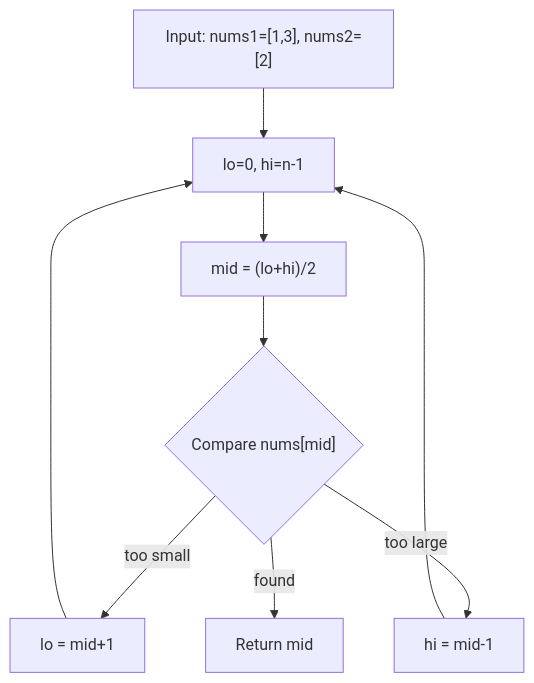
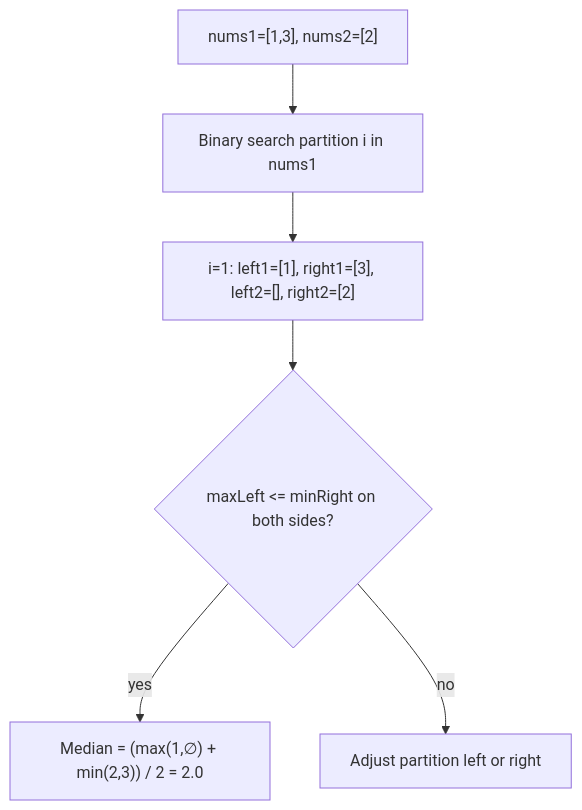
One commit to Strangedip/PREP changed the first of 2 diagrams in 02_DSA/03_Sorting_Searching/MedianOfTwoSortedArrays/MedianOfTwoSortedArrays.md. Above: the diagram before and after it, drawn with Mermaid. The commit also changed 55 other files, not shown here.

````diff
--- a/02_DSA/03_Sorting_Searching/MedianOfTwoSortedArrays/MedianOfTwoSortedArrays.md
+++ b/02_DSA/03_Sorting_Searching/MedianOfTwoSortedArrays/MedianOfTwoSortedArrays.md
@@ -56,12 +56,9 @@
 ```mermaid
 flowchart TD
-    START["Input: nums1=[1,3], nums2=[2]"]
-    START --> BOUNDS["lo=0, hi=n-1"]
-    BOUNDS --> MID["mid = (lo+hi)/2"]
-    MID --> CMP{"Compare nums[mid]"}
-    CMP -->|too small| LO["lo = mid+1"]
-    CMP -->|too large| HI["hi = mid-1"]
-    CMP -->|found| DONE["Return mid"]
-    LO --> BOUNDS
-    HI --> BOUNDS
+    START["nums1=[1,3], nums2=[2]"]
+    START --> BOUNDS["Binary search partition i in nums1"]
+    BOUNDS --> CUT["i=1: left1=[1], right1=[3], left2=[], right2=[2]"]
+    CUT --> CHECK{"maxLeft <= minRight on both sides?"}
+    CHECK -->|yes| MED["Median = (max(1,∅) + min(2,3)) / 2 = 2.0"]
+    CHECK -->|no| ADJ["Adjust partition left or right"]
 ```
````
